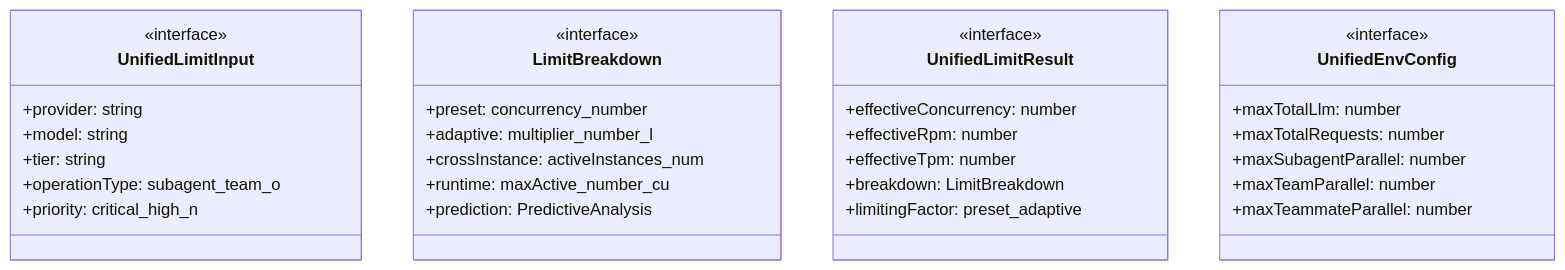
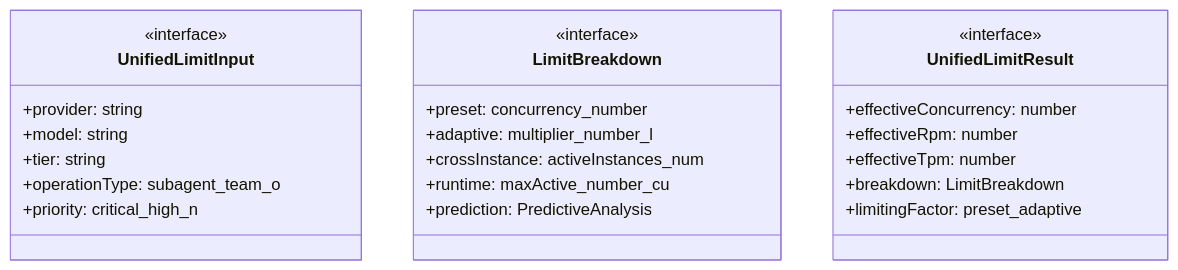
Before and after one commit to Mekann2904/mekann: the first of 4 diagrams in ABDD/.pi/lib/unified-limit-resolver.md, drawn with Mermaid. The commit also changed other lines of this file and 136 other files, not shown here.

````diff
--- a/ABDD/.pi/lib/unified-limit-resolver.md
+++ b/ABDD/.pi/lib/unified-limit-resolver.md
@@ -43,35 +46,27 @@
 ```mermaid
 classDiagram
   class UnifiedLimitInput {
     <<interface>>
     +provider: string
     +model: string
     +tier: string
     +operationType: subagent_team_o
     +priority: critical_high_n
   }
   class LimitBreakdown {
     <<interface>>
     +preset: concurrency_number
     +adaptive: multiplier_number_l
     +crossInstance: activeInstances_num
     +runtime: maxActive_number_cu
     +prediction: PredictiveAnalysis
   }
   class UnifiedLimitResult {
     <<interface>>
     +effectiveConcurrency: number
     +effectiveRpm: number
     +effectiveTpm: number
     +breakdown: LimitBreakdown
     +limitingFactor: preset_adaptive
   }
-  class UnifiedEnvConfig {
-    <<interface>>
-    +maxTotalLlm: number
-    +maxTotalRequests: number
-    +maxSubagentParallel: number
-    +maxTeamParallel: number
-    +maxTeammateParallel: number
-  }
 ```
````
